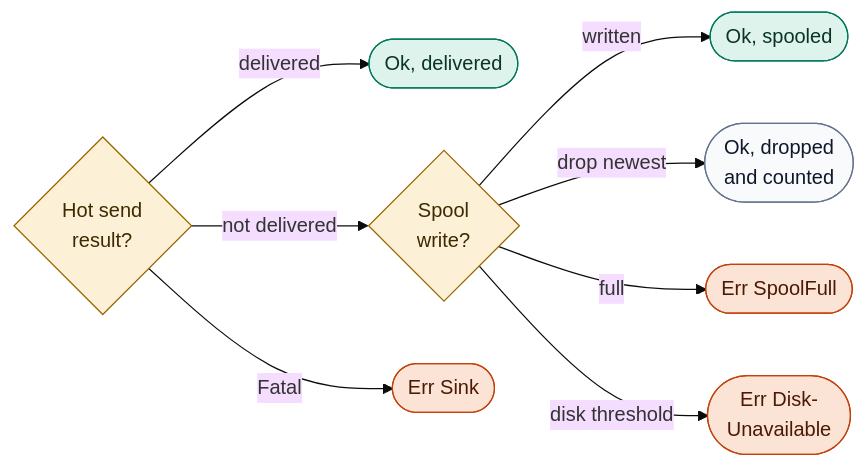
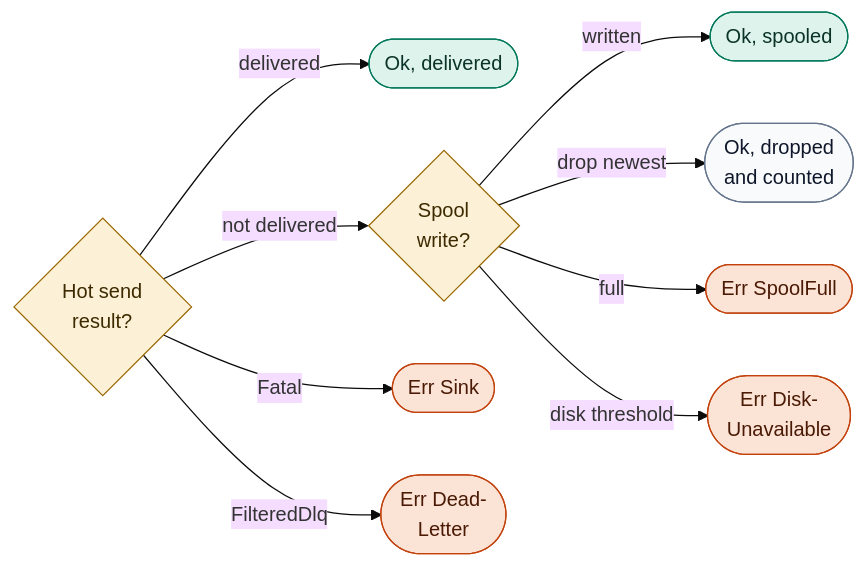
One commit to hyperi-io/scalo-rs changed the first of 2 diagrams in docs/pipeline/tiered-sink.md. Above: the diagram before and after it, drawn with Mermaid (base theme). The commit also changed other lines of this file and 28 other files, not shown here.

First line of the commit message:
fix(transport): don't count dead letters as sent

````diff
--- a/docs/pipeline/tiered-sink.md
+++ b/docs/pipeline/tiered-sink.md
@@ -13,30 +13,32 @@
 ```mermaid
 flowchart LR
     accTitle: L4 Detail -- Tiered sink delivery
-    accDescr: A send is one send_batch the breaker admits. Delivered returns Ok. Refused by the breaker, backpressured or timed out spills to the spool. Fatal returns Err Sink. A spool write returns Ok when written, Ok with the record dropped under drop_newest, Err SpoolFull when full, or Err DiskUnavailable past the disk threshold.
+    accDescr: A send is one send_batch the breaker admits. Delivered returns Ok. Refused by the breaker, backpressured or timed out spills to the spool. Fatal returns Err Sink, and a record the sender dead-letters returns Err DeadLetter. A spool write returns Ok when written, Ok with the record dropped under drop_newest, Err SpoolFull when full, or Err DiskUnavailable past the disk threshold.
 
     hot{"Hot send<br/>result?"}
     delivered(["Ok, delivered"])
     spool{"Spool<br/>write?"}
     fatal(["Err Sink"])
+    dead(["Err Dead-<br/>Letter"])
     spooled(["Ok, spooled"])
     shed(["Ok, dropped<br/>and counted"])
     full(["Err SpoolFull"])
     disk(["Err Disk-<br/>Unavailable"])
 
     hot -->|delivered| delivered
     hot -->|not delivered| spool
     hot -->|Fatal| fatal
+    hot -->|FilteredDlq| dead
     spool -->|written| spooled
     spool -->|drop newest| shed
     spool -->|full| full
     spool -->|disk threshold| disk
 
     classDef default fill:#F8FAFC,stroke:#64748B,stroke-width:1px,color:#0F172A
     classDef store fill:#DDF3EC,stroke:#00785A,stroke-width:1px,color:#0B3327
     classDef decision fill:#FCF1D6,stroke:#9A6700,stroke-width:1px,color:#3D2A00
     classDef error fill:#FBE3D6,stroke:#C2410C,stroke-width:1px,color:#4A1A05
     class hot,spool decision
     class delivered,spooled store
-    class fatal,full,disk error
+    class fatal,dead,full,disk error
 ```
````
